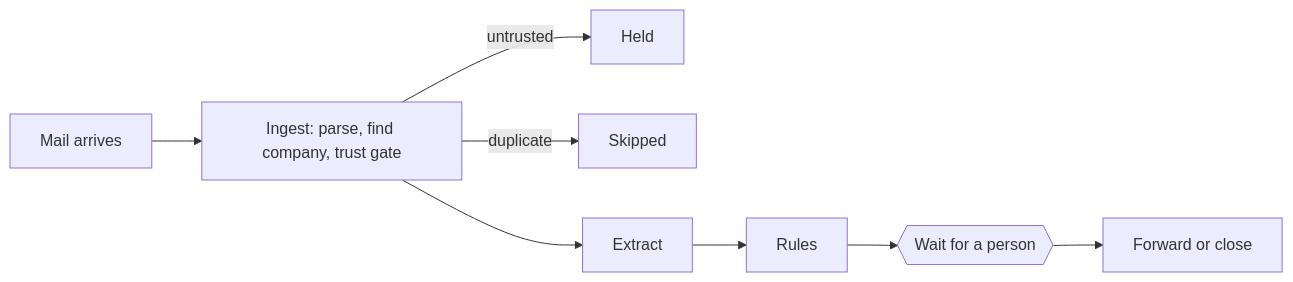
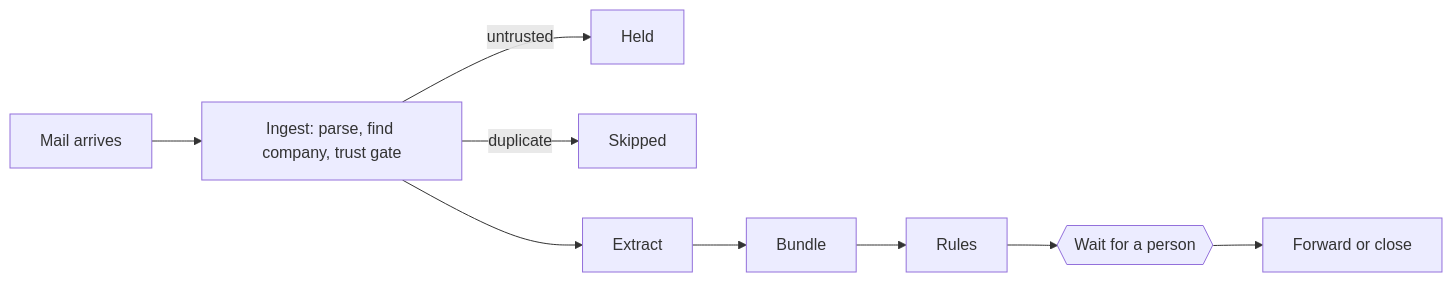
Before and after one commit to smpldoc/smpldoc-ce: the second of 2 diagrams in docs/ARCHITECTURE.md, drawn with Mermaid. The commit also changed other lines of this file and 18 other files, not shown here.

First line of the commit message:
Write a bundle for every readable document (roadmap step 2)

````diff
--- a/docs/ARCHITECTURE.md
+++ b/docs/ARCHITECTURE.md
@@ -53,10 +54,11 @@
 ```mermaid
 flowchart LR
   E[Mail arrives] --> I[Ingest: parse, find company, trust gate]
   I -->|untrusted| H[Held]
   I -->|duplicate| X[Skipped]
   I --> R[Extract]
-  R --> U[Rules]
+  R --> B[Bundle]
+  B --> U[Rules]
   U --> W{{Wait for a person}}
   W --> F[Forward or close]
 ```
````
